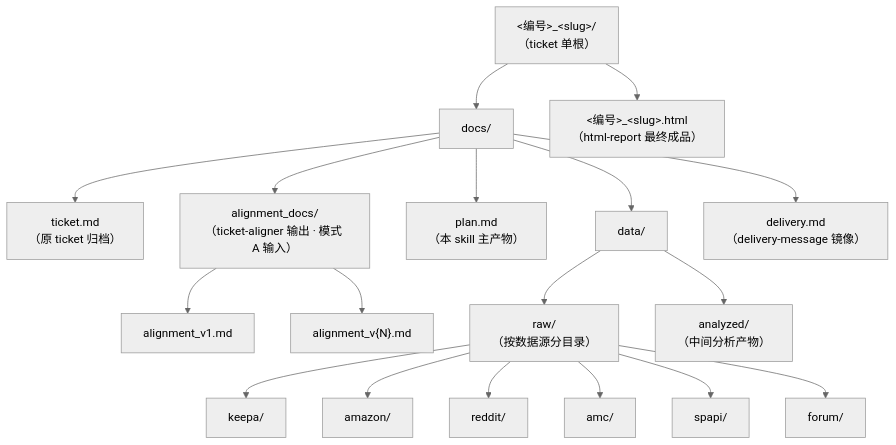
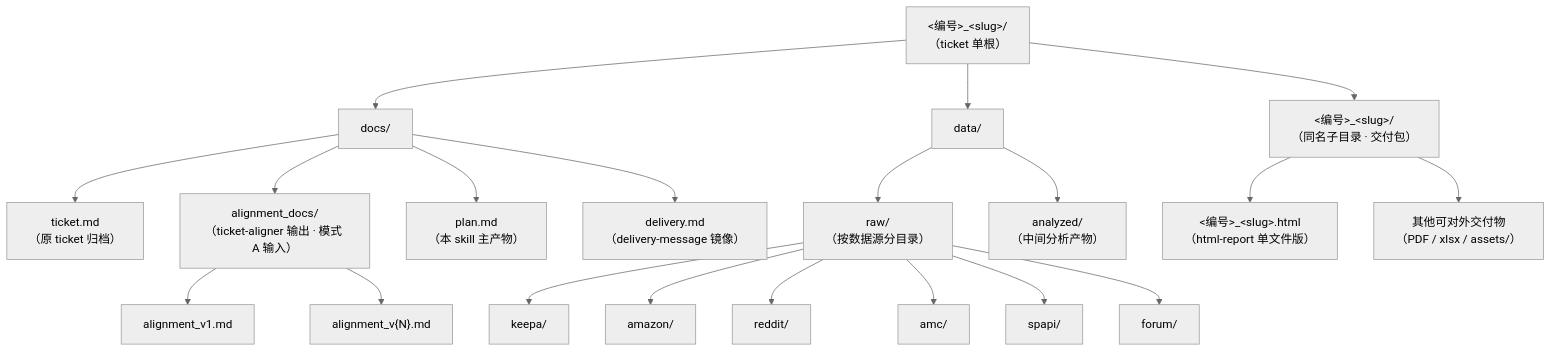
One commit to HS-Jack-YZY/data-team-skills changed the third of 3 diagrams in skills/ticket-plan/SKILL.md. Above: the diagram before and after it, drawn with Mermaid (neutral theme). The commit also changed other lines of this file and 8 other files, not shown here.

First line of the commit message:
refactor: 拆分 ticket 产物三层目录（docs/ + data/ + 同名子目录）+ 跨 skill 同步

````diff
--- a/skills/ticket-plan/SKILL.md
+++ b/skills/ticket-plan/SKILL.md
@@ -156,20 +156,22 @@
 ```mermaid
 flowchart TD
     R["&lt;编号&gt;_&lt;slug&gt;/<br/>（ticket 单根）"] --> Docs[docs/]
-    R --> HTML["&lt;编号&gt;_&lt;slug&gt;.html<br/>（html-report 最终成品）"]
+    R --> Data[data/]
+    R --> Pkg["&lt;编号&gt;_&lt;slug&gt;/<br/>（同名子目录 · 交付包）"]
     Docs --> Tk["ticket.md<br/>（原 ticket 归档）"]
     Docs --> AD["alignment_docs/<br/>（ticket-aligner 输出 · 模式 A 输入）"]
     Docs --> Plan["plan.md<br/>（本 skill 主产物）"]
-    Docs --> Data[data/]
     Docs --> Del["delivery.md<br/>（delivery-message 镜像）"]
     AD --> AV1[alignment_v1.md]
     AD --> AVN["alignment_v{N}.md"]
     Data --> Raw["raw/<br/>（按数据源分目录）"]
     Data --> An["analyzed/<br/>（中间分析产物）"]
     Raw --> Sk["keepa/"]
     Raw --> Sa["amazon/"]
     Raw --> Sr["reddit/"]
     Raw --> Sm["amc/"]
     Raw --> Sp["spapi/"]
     Raw --> Sf["forum/"]
+    Pkg --> HTML["&lt;编号&gt;_&lt;slug&gt;.html<br/>（html-report 单文件版）"]
+    Pkg --> Other["其他可对外交付物<br/>（PDF / xlsx / assets/）"]
 ```
````
